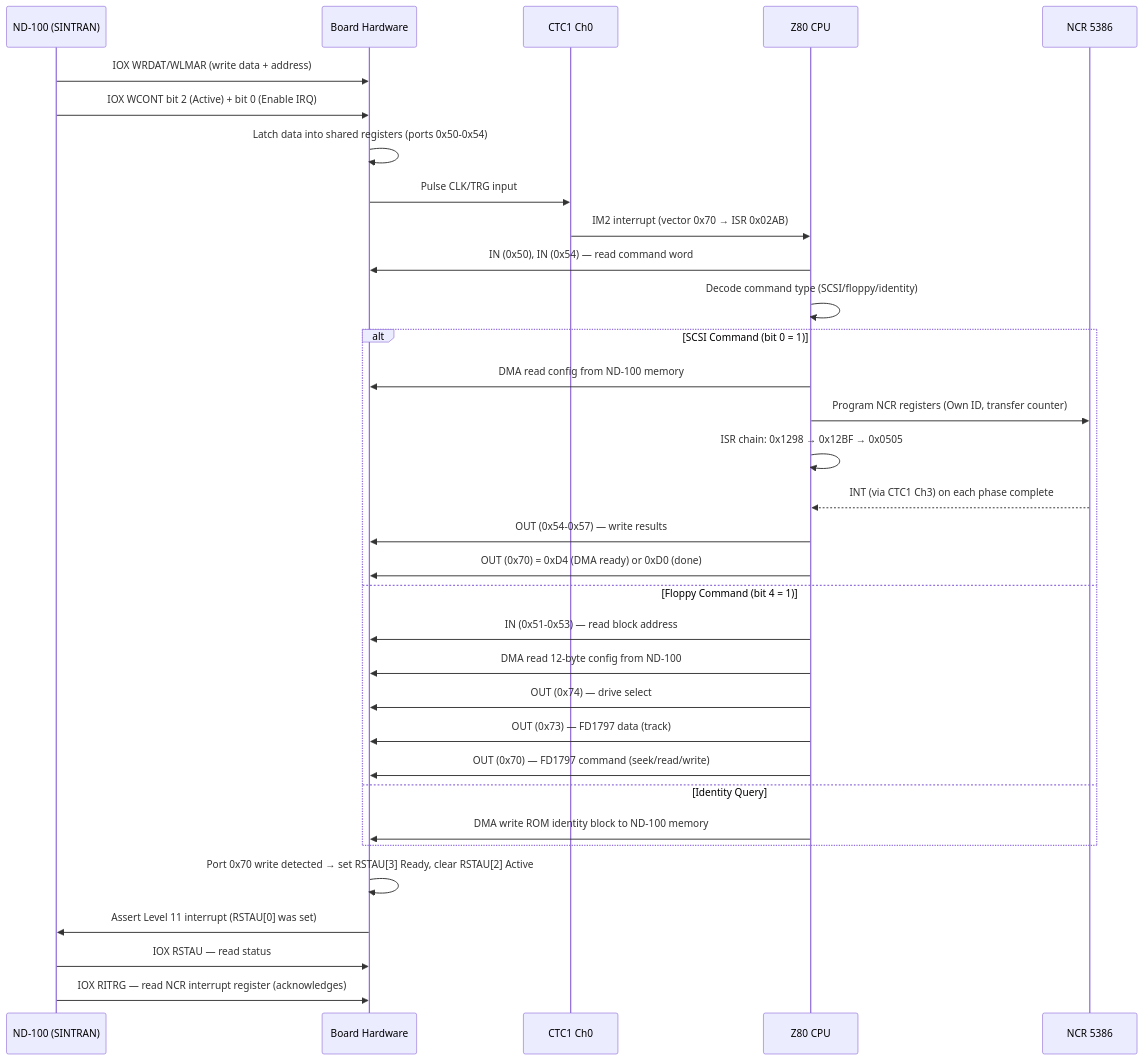
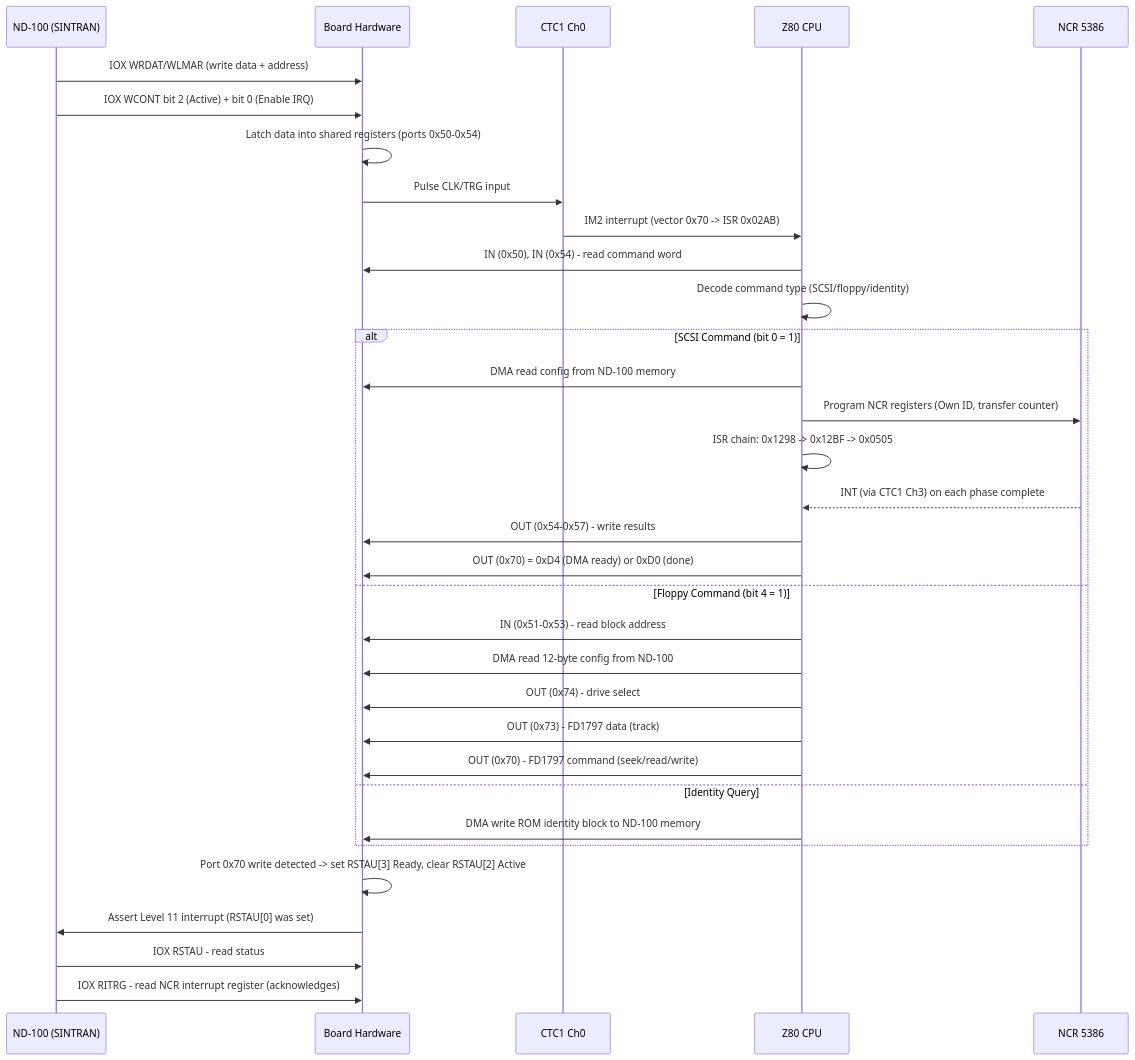
The third of 13 diagrams in SINTRAN/Devices/SCSI/nd-scsi-3201.md (HackerCorpLabs/NDInsight), drawn with Mermaid before and after one commit. The commit also changed other lines of this file and 1931 other files, not shown here.

````diff
--- a/SINTRAN/Devices/SCSI/nd-scsi-3201.md
+++ b/SINTRAN/Devices/SCSI/nd-scsi-3201.md
@@ -342,38 +476,38 @@
 ```mermaid
 sequenceDiagram
     participant ND100 as ND-100 (SINTRAN)
     participant HW as Board Hardware
     participant CTC as CTC1 Ch0
     participant Z80 as Z80 CPU
     participant NCR as NCR 5386
 
     ND100->>HW: IOX WRDAT/WLMAR (write data + address)
     ND100->>HW: IOX WCONT bit 2 (Active) + bit 0 (Enable IRQ)
     HW->>HW: Latch data into shared registers (ports 0x50-0x54)
     HW->>CTC: Pulse CLK/TRG input
-    CTC->>Z80: IM2 interrupt (vector 0x70 → ISR 0x02AB)
-    Z80->>HW: IN (0x50), IN (0x54) — read command word
+    CTC->>Z80: IM2 interrupt (vector 0x70 -> ISR 0x02AB)
+    Z80->>HW: IN (0x50), IN (0x54) - read command word
     Z80->>Z80: Decode command type (SCSI/floppy/identity)
 
     alt SCSI Command (bit 0 = 1)
         Z80->>HW: DMA read config from ND-100 memory
         Z80->>NCR: Program NCR registers (Own ID, transfer counter)
-        Z80->>Z80: ISR chain: 0x1298 → 0x12BF → 0x0505
+        Z80->>Z80: ISR chain: 0x1298 -> 0x12BF -> 0x0505
         NCR-->>Z80: INT (via CTC1 Ch3) on each phase complete
-        Z80->>HW: OUT (0x54-0x57) — write results
+        Z80->>HW: OUT (0x54-0x57) - write results
         Z80->>HW: OUT (0x70) = 0xD4 (DMA ready) or 0xD0 (done)
     else Floppy Command (bit 4 = 1)
-        Z80->>HW: IN (0x51-0x53) — read block address
+        Z80->>HW: IN (0x51-0x53) - read block address
         Z80->>HW: DMA read 12-byte config from ND-100
-        Z80->>HW: OUT (0x74) — drive select
-        Z80->>HW: OUT (0x73) — FD1797 data (track)
-        Z80->>HW: OUT (0x70) — FD1797 command (seek/read/write)
+        Z80->>HW: OUT (0x74) - drive select
+        Z80->>HW: OUT (0x73) - FD1797 data (track)
+        Z80->>HW: OUT (0x70) - FD1797 command (seek/read/write)
     else Identity Query
         Z80->>HW: DMA write ROM identity block to ND-100 memory
     end
 
-    HW->>HW: Port 0x70 write detected → set RSTAU[3] Ready, clear RSTAU[2] Active
+    HW->>HW: Port 0x70 write detected -> set RSTAU[3] Ready, clear RSTAU[2] Active
     HW->>ND100: Assert Level 11 interrupt (RSTAU[0] was set)
-    ND100->>HW: IOX RSTAU — read status
-    ND100->>HW: IOX RITRG — read NCR interrupt register (acknowledges)
+    ND100->>HW: IOX RSTAU - read status
+    ND100->>HW: IOX RITRG - read NCR interrupt register (acknowledges)
 ```
````
